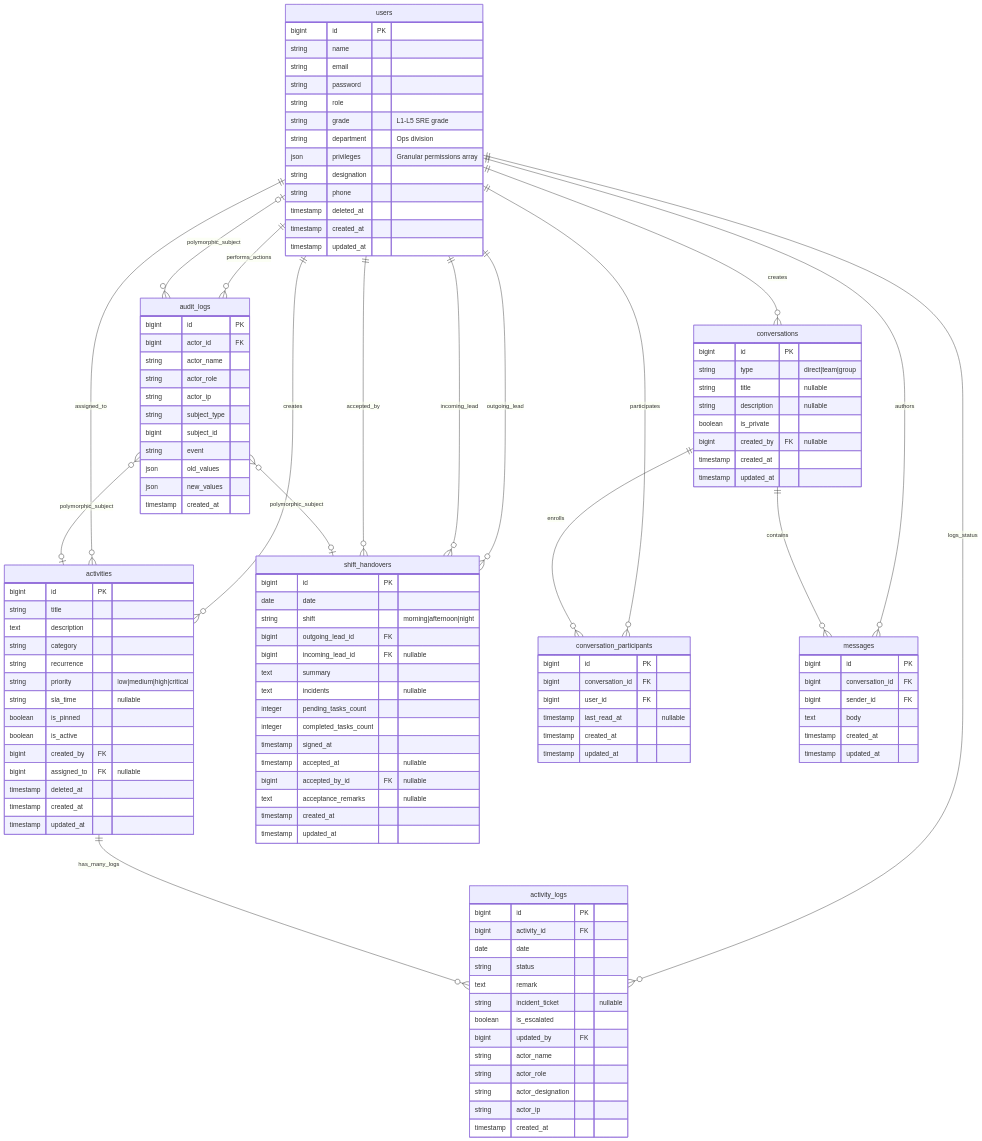
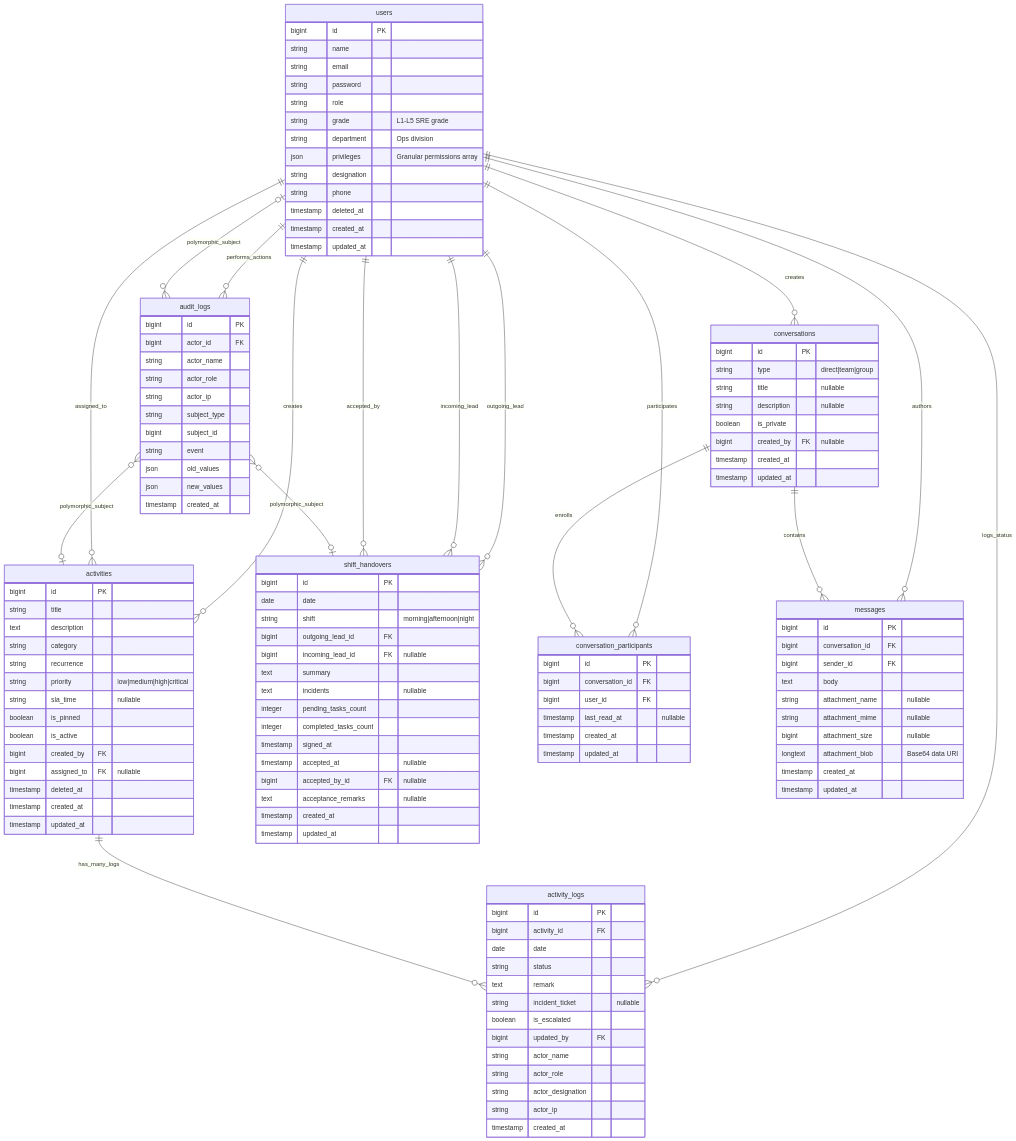
Before and after one commit to mhiskall282/npontu-technologies-sre: the first of 15 diagrams in docs/architecture.md, drawn with Mermaid. The commit also changed 5 other files, not shown here.

```diff
--- a/docs/architecture.md
+++ b/docs/architecture.md
@@ -124,6 +124,10 @@
         bigint conversation_id FK
         bigint sender_id FK
         text body
+        string attachment_name "nullable"
+        string attachment_mime "nullable"
+        bigint attachment_size "nullable"
+        longtext attachment_blob "Base64 data URI"
         timestamp created_at
         timestamp updated_at
     }
```
